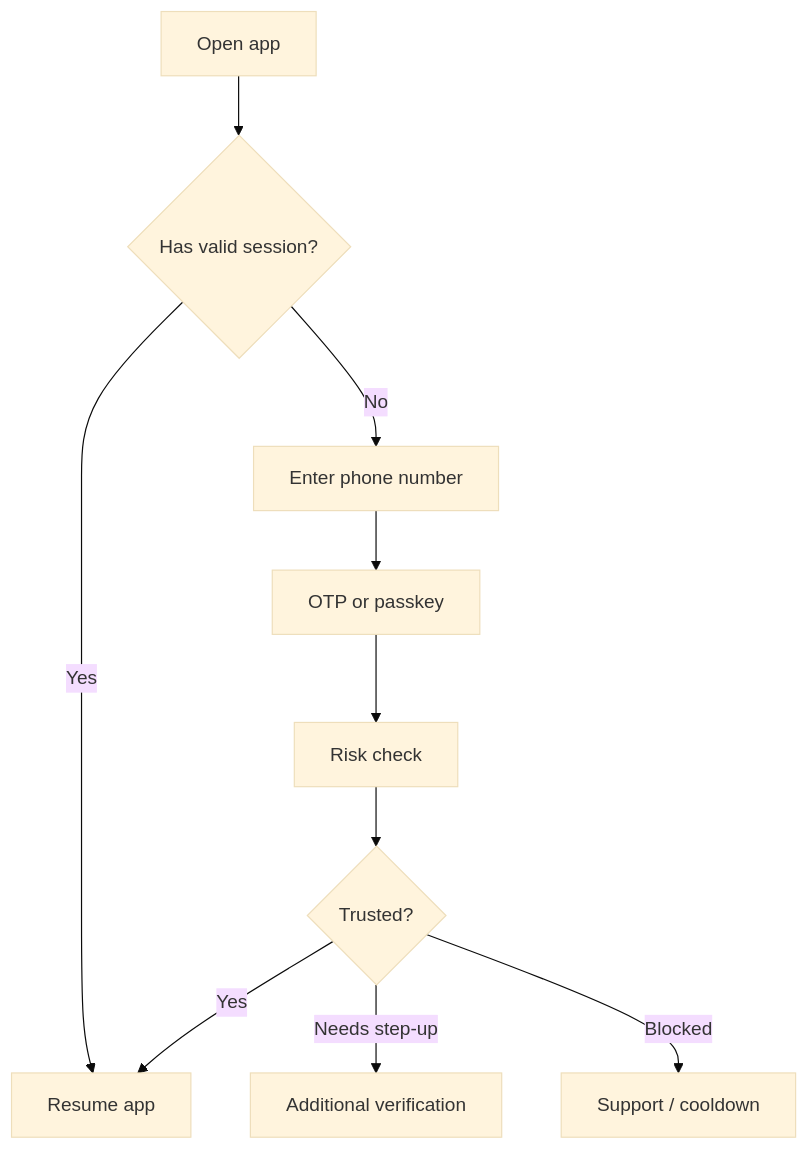
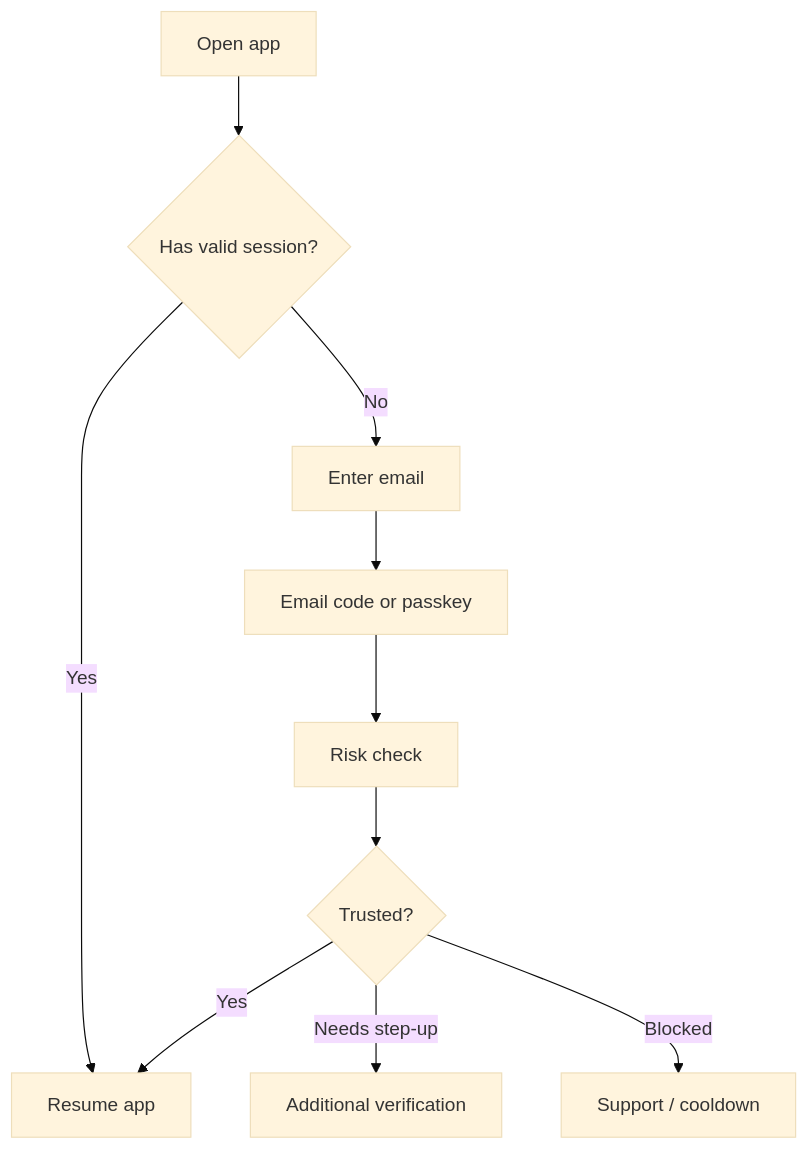
Before and after one commit to Afnanksalal/hana-chat: the third of 15 diagrams in docs/hana-chat-user-flows.md, drawn with Mermaid (base theme). The commit also changed other lines of this file and 82 other files, not shown here.

````diff
--- a/docs/hana-chat-user-flows.md
+++ b/docs/hana-chat-user-flows.md
@@ -162,12 +164,12 @@
 ```mermaid
 flowchart TD
   A["Open app"] --> B{"Has valid session?"}
   B -->|Yes| C["Resume app"]
-  B -->|No| D["Enter phone number"]
-  D --> E["OTP or passkey"]
+  B -->|No| D["Enter email"]
+  D --> E["Email code or passkey"]
   E --> F["Risk check"]
   F --> G{"Trusted?"}
   G -->|Yes| C
   G -->|Needs step-up| H["Additional verification"]
   G -->|Blocked| I["Support / cooldown"]
 ```
````
